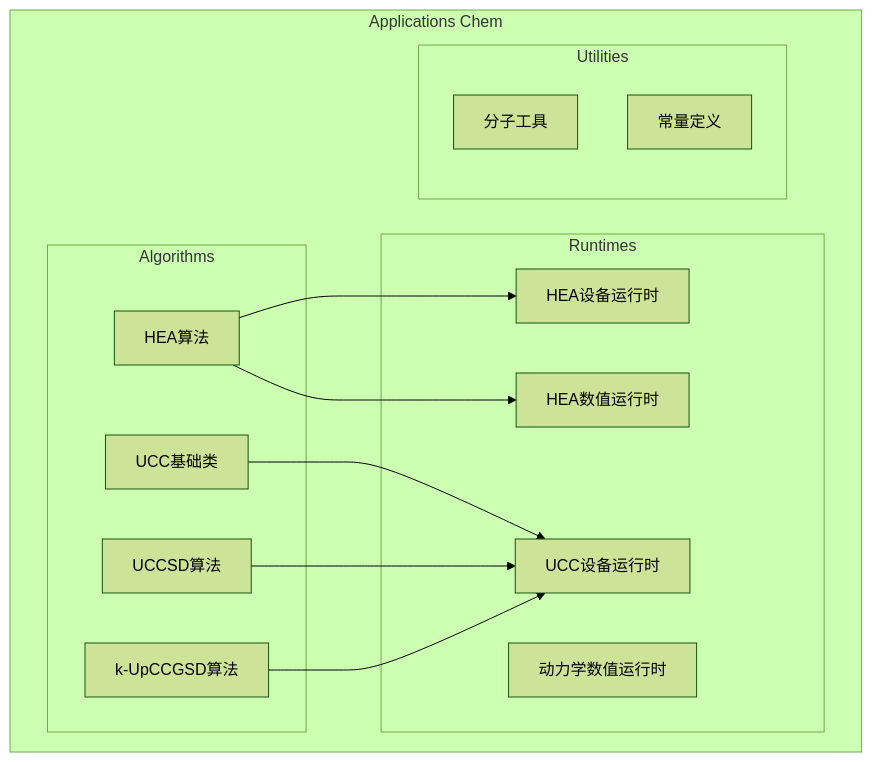
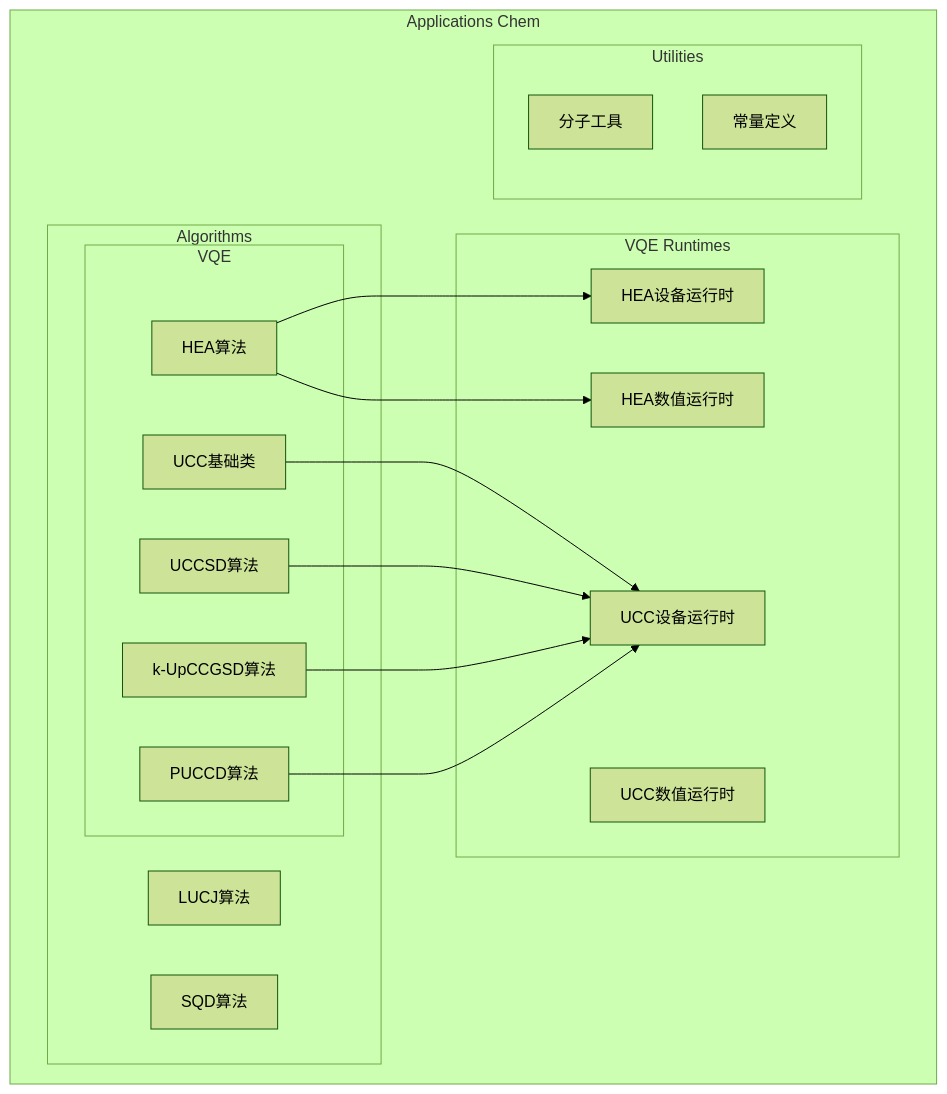
The first of 7 diagrams in .qoder/repowiki/zh/content/Applications Chem Runtimes.md (QureGenAI-Biotech/TyxonQ), drawn with Mermaid (forest theme) before and after one commit. The commit also changed other lines of this file and 9 other files, not shown here.

````diff
--- a/.qoder/repowiki/zh/content/Applications Chem Runtimes.md
+++ b/.qoder/repowiki/zh/content/Applications Chem Runtimes.md
@@ -42,26 +52,32 @@
 ```mermaid
 graph TB
 subgraph "Applications Chem"
 subgraph "Algorithms"
+subgraph "VQE"
 HEA[HEA算法]
 UCC[UCC基础类]
 UCCSD[UCCSD算法]
 KUPCCGSD[k-UpCCGSD算法]
+PUCCD[PUCCD算法]
 end
-subgraph "Runtimes"
+LUCJ[LUCJ算法]
+SQD[SQD算法]
+end
+subgraph "VQE Runtimes"
 HEA_DEV[HEA设备运行时]
 UCC_DEV[UCC设备运行时]
 HEA_NUM[HEA数值运行时]
-DYN_NUM[动力学数值运行时]
+UCC_NUM[UCC数值运行时]
 end
 subgraph "Utilities"
 MOL[分子工具]
 CONST[常量定义]
 end
 end
 HEA --> HEA_DEV
 HEA --> HEA_NUM
 UCC --> UCC_DEV
 UCCSD --> UCC_DEV
 KUPCCGSD --> UCC_DEV
+PUCCD --> UCC_DEV
 ```
````
